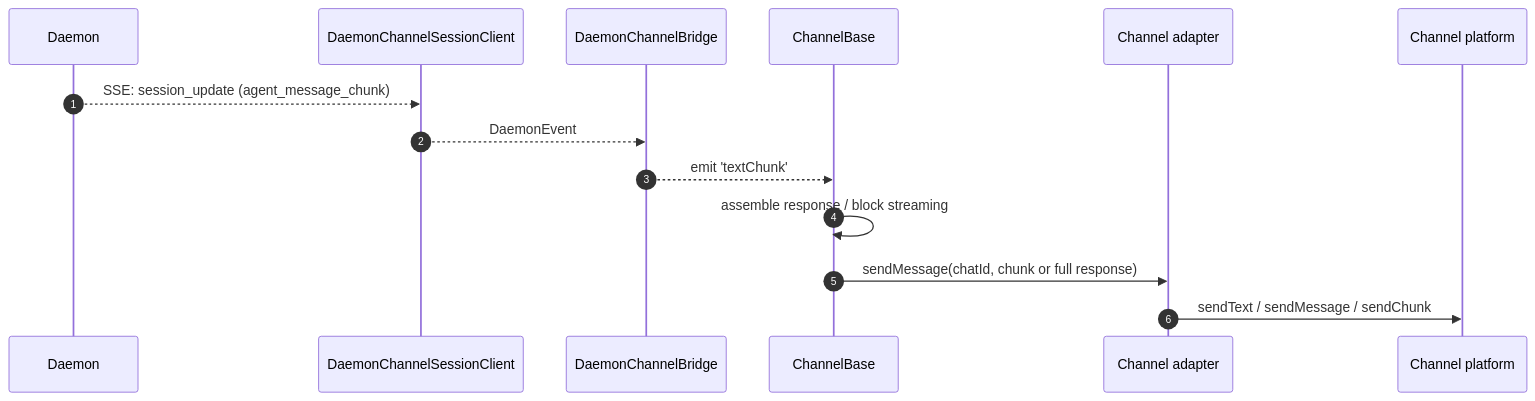
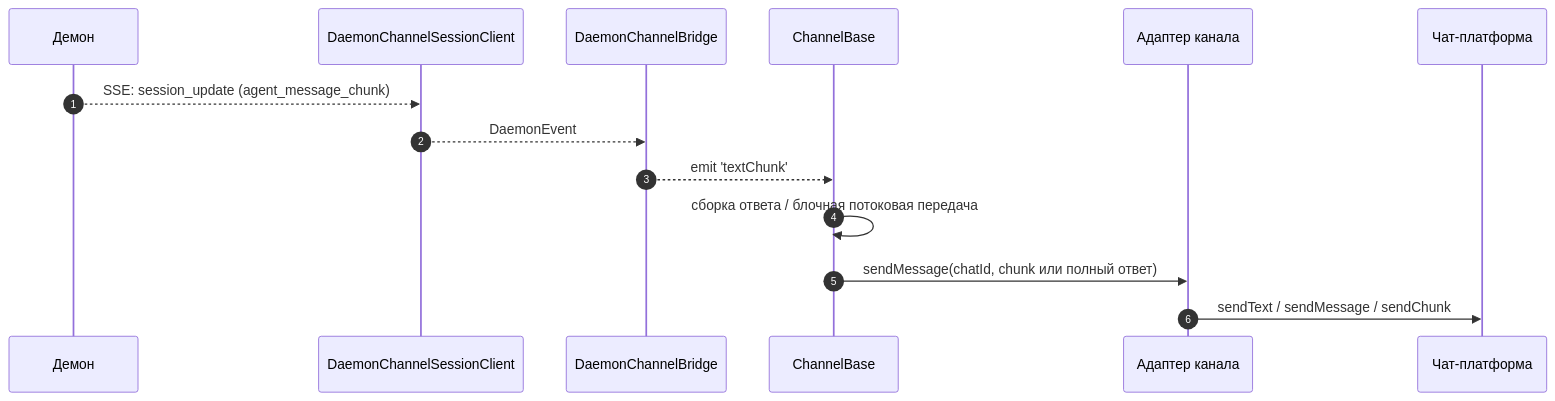
Before and after one commit to QwenLM/qwen-code-docs: the second of 3 diagrams in website/content/ru/developers/daemon/15-channel-adapters.md, drawn with Mermaid. The commit also changed other lines of this file and 1077 other files, not shown here.

````diff
--- a/website/content/ru/developers/daemon/15-channel-adapters.md
+++ b/website/content/ru/developers/daemon/15-channel-adapters.md
@@ -114,17 +115,17 @@
 ```mermaid
 sequenceDiagram
     autonumber
-    participant D as Daemon
+    participant D as Демон
     participant SC as DaemonChannelSessionClient
     participant BR as DaemonChannelBridge
     participant CB as ChannelBase
-    participant AD as Channel adapter
-    participant CH as Channel platform
+    participant AD as Адаптер канала
+    participant CH as Чат-платформа
 
     D-->>SC: SSE: session_update (agent_message_chunk)
     SC-->>BR: DaemonEvent
     BR-->>CB: emit 'textChunk'
-    CB->>CB: assemble response / block streaming
-    CB->>AD: sendMessage(chatId, chunk or full response)
+    CB->>CB: сборка ответа / блочная потоковая передача
+    CB->>AD: sendMessage(chatId, chunk или полный ответ)
     AD->>CH: sendText / sendMessage / sendChunk
 ```
````
